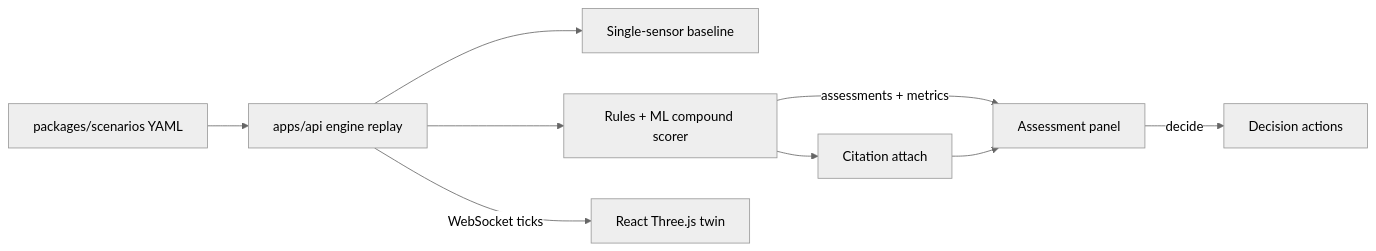
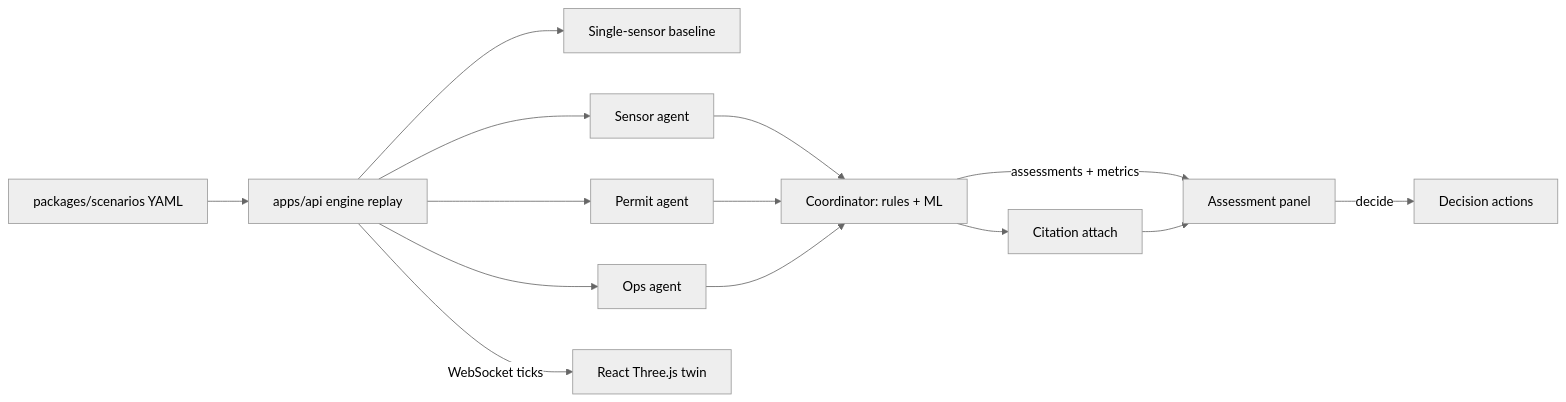
One commit to iakshkhurana/sentinelfusion changed the diagram in docs/architecture.md. Above: the diagram before and after it, drawn with Mermaid (neutral theme). The commit also changed 11 other files, not shown here.

Commit message:
feat(api): sensor/permit/ops agents with fusion coordinator

````diff
--- a/docs/architecture.md
+++ b/docs/architecture.md
@@ -9,11 +9,16 @@
 ```mermaid
 flowchart LR
   YAML[packages/scenarios YAML] --> Engine[apps/api engine replay]
   Engine --> Baseline[Single-sensor baseline]
-  Engine --> Fusion[Rules + ML compound scorer]
+  Engine --> SensorA[Sensor agent]
+  Engine --> PermitA[Permit agent]
+  Engine --> OpsA[Ops agent]
+  SensorA --> Fusion[Coordinator: rules + ML]
+  PermitA --> Fusion
+  OpsA --> Fusion
   Fusion --> Cite[Citation attach]
   Engine -->|WebSocket ticks| Twin[React Three.js twin]
   Fusion -->|assessments + metrics| Panel[Assessment panel]
   Panel -->|decide| SM[Decision actions]
   Cite --> Panel
 ```
````
